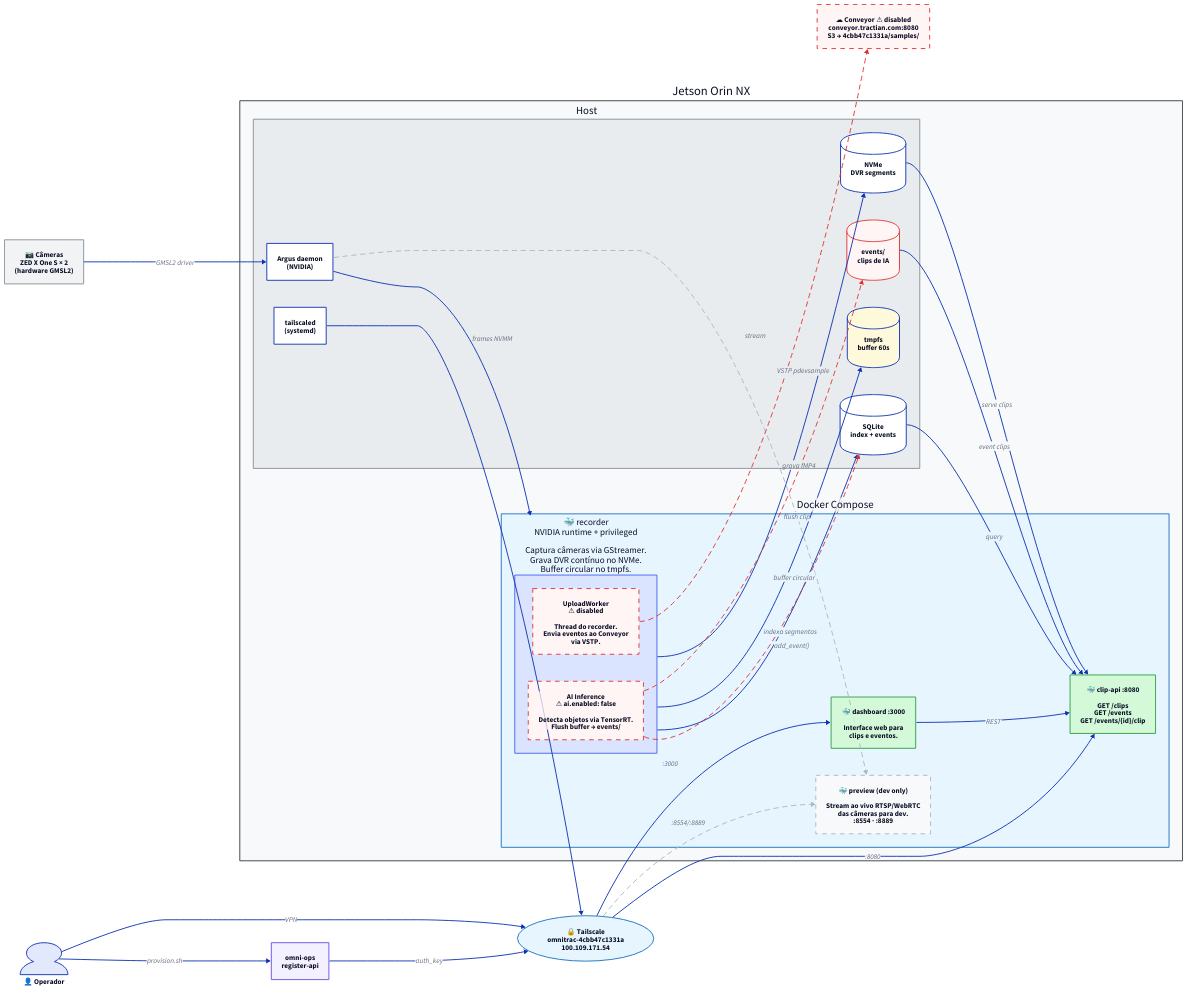
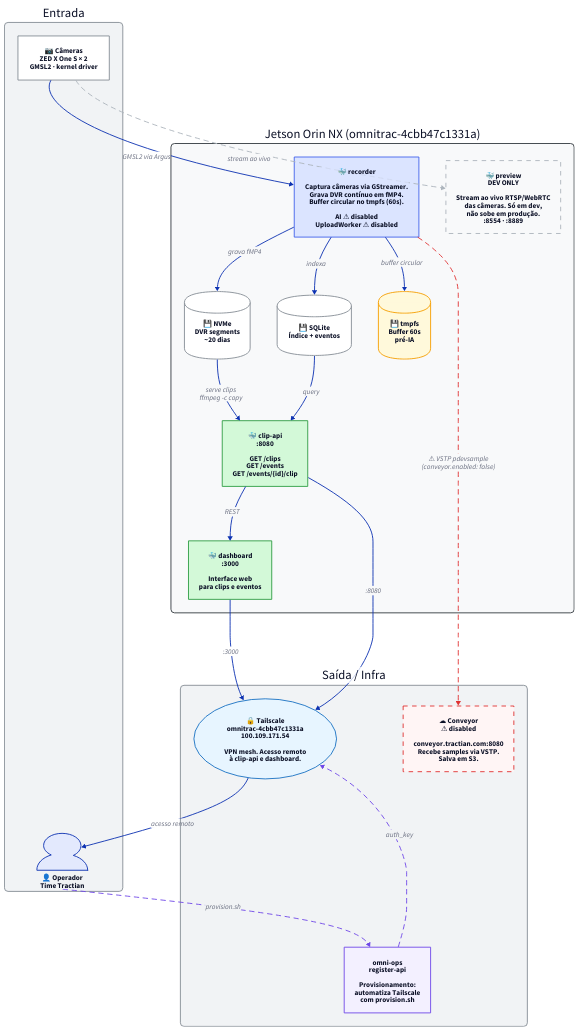
Before and after one commit to urielcontardi/JetsonStudy: the diagram in docs/diagrams/architecture.d2, drawn with D2. The commit also changed 1 other file, not shown here.

Commit message:
docs(diagram): swimlane layout - 3 rows, minimal arrows

```diff
--- a/docs/diagrams/architecture.d2
+++ b/docs/diagrams/architecture.d2
@@ -1,140 +1,134 @@
-direction: right
+direction: down
 
 # ═══════════════════════════════════════════════════════════════════════
-# FORA DA JETSON
+# LINHA 1 — ENTRADA
 # ═══════════════════════════════════════════════════════════════════════
-
-cameras: "📷 Câmeras\nZED X One S × 2\n(hardware GMSL2)" {
+input: Entrada {
   style.fill: "#f1f3f5"
   style.stroke: "#868e96"
+  style.border-radius: 8
+  direction: right
+
+  cameras: "📷 Câmeras\nZED X One S × 2\nGMSL2 · kernel driver" {
+    style.fill: "#ffffff"
+    style.stroke: "#868e96"
+  }
+
+  operator: "👤 Operador\nTime Tractian" {
+    shape: person
+  }
 }
 
-operator: "👤 Operador" { shape: person }
+# ═══════════════════════════════════════════════════════════════════════
+# LINHA 2 — JETSON ORIN NX
+# ═══════════════════════════════════════════════════════════════════════
+jetson: "Jetson Orin NX  (omnitrac-4cbb47c1331a)" {
+  style.fill: "#f8f9fa"
+  style.stroke: "#343a40"
+  style.border-radius: 8
+  direction: right
 
-tailscale_net: "🔒 Tailscale\nomnitrac-4cbb47c1331a\n100.109.171.54" {
-  shape: oval
-  style.fill: "#e7f5ff"
-  style.stroke: "#1971c2"
+  recorder: "🐳 recorder\n\nCaptura câmeras via GStreamer.\nGrava DVR contínuo em fMP4.\nBuffer circular no tmpfs (60s).\n\nAI ⚠ disabled\nUploadWorker ⚠ disabled" {
+    style.fill: "#dbe4ff"
+    style.stroke: "#4263eb"
+  }
+
+  nvme: "💾 NVMe\nDVR segments\n~20 dias" {
+    shape: cylinder
+    style.fill: "#ffffff"
+    style.stroke: "#868e96"
+  }
+
+  sqlite: "💾 SQLite\nÍndice + eventos" {
+    shape: cylinder
+    style.fill: "#ffffff"
+    style.stroke: "#868e96"
+  }
+
+  tmpfs: "💾 tmpfs\nBuffer 60s\npré-IA" {
+    shape: cylinder
+    style.fill: "#fff9db"
+    style.stroke: "#f59f00"
+  }
+
+  clipapi: "🐳 clip-api\n:8080\n\nGET /clips\nGET /events\nGET /events/{id}/clip" {
+    style.fill: "#d3f9d8"
+    style.stroke: "#2f9e44"
+  }
+
+  dashboard: "🐳 dashboard\n:3000\n\nInterface web\npara clips e eventos" {
+    style.fill: "#d3f9d8"
+    style.stroke: "#2f9e44"
+  }
+
+  preview: "🐳 preview\nDEV ONLY\n\nStream ao vivo RTSP/WebRTC\ndas câmeras. Só em dev,\nnão sobe em produção.\n:8554 · :8889" {
+    style.fill: "#f8f9fa"
+    style.stroke: "#adb5bd"
+    style.stroke-dash: 5
+  }
 }
 
-conveyor: "☁ Conveyor  ⚠ disabled\nconveyor.tractian.com:8080\nS3 → 4cbb47c1331a/samples/" {
-  style.fill: "#fff5f5"
+# ═══════════════════════════════════════════════════════════════════════
+# LINHA 3 — SAÍDA / INFRA
+# ═══════════════════════════════════════════════════════════════════════
+output: "Saída / Infra" {
+  style.fill: "#f1f3f5"
+  style.stroke: "#868e96"
+  style.border-radius: 8
+  direction: right
+
+  tailscale: "🔒 Tailscale\nomnitrac-4cbb47c1331a\n100.109.171.54\n\nVPN mesh. Acesso remoto\nà clip-api e dashboard." {
+    shape: oval
+    style.fill: "#e7f5ff"
+    style.stroke: "#1971c2"
+  }
+
+  registerapi: "omni-ops\nregister-api\n\nProvisionamento:\nautomatiza Tailscale\ncom provision.sh" {
+    style.fill: "#f3f0ff"
+    style.stroke: "#7048e8"
+  }
+
+  conveyor: "☁ Conveyor\n⚠ disabled\n\nconveyor.tractian.com:8080\nRecebe samples via VSTP.\nSalva em S3." {
+    style.fill: "#fff5f5"
+    style.stroke: "#e03131"
+    style.stroke-dash: 5
+  }
+}
+
+# ═══════════════════════════════════════════════════════════════════════
+# CONEXÕES — fluxo principal (sólido)
+# ═══════════════════════════════════════════════════════════════════════
+input.cameras -> jetson.recorder: "GMSL2 via Argus"
+jetson.recorder -> jetson.nvme: "grava fMP4"
+jetson.recorder -> jetson.sqlite: "indexa"
+jetson.recorder -> jetson.tmpfs: "buffer circular"
+jetson.nvme -> jetson.clipapi: "serve clips\nffmpeg -c copy"
+jetson.sqlite -> jetson.clipapi: "query"
+jetson.clipapi -> jetson.dashboard: "REST"
+jetson.dashboard -> output.tailscale: ":3000"
+jetson.clipapi -> output.tailscale: ":8080"
+output.tailscale -> input.operator: "acesso remoto"
+
+# ═══════════════════════════════════════════════════════════════════════
+# CONEXÕES — fluxo desabilitado (tracejado vermelho)
+# ═══════════════════════════════════════════════════════════════════════
+jetson.recorder -> output.conveyor: "⚠ VSTP pdevsample\n(conveyor.enabled: false)" {
   style.stroke: "#e03131"
   style.stroke-dash: 5
 }
 
-registerapi: "omni-ops\nregister-api" {
-  style.fill: "#f3f0ff"
+# ═══════════════════════════════════════════════════════════════════════
+# CONEXÕES — dev / provisioning (tracejado cinza)
+# ═══════════════════════════════════════════════════════════════════════
+input.cameras -> jetson.preview: "stream ao vivo" {
+  style.stroke-dash: 5
+  style.stroke: "#adb5bd"
+}
+input.operator -> output.registerapi: "provision.sh" {
+  style.stroke-dash: 5
   style.stroke: "#7048e8"
 }
-
-# ═══════════════════════════════════════════════════════════════════════
-# JETSON ORIN NX  (tudo aqui roda na placa)
-# ═══════════════════════════════════════════════════════════════════════
-
-jetson: Jetson Orin NX {
-  style.fill: "#f8f9fa"
-  style.stroke: "#343a40"
-
-  # ── Host (fora do Docker) ────────────────────────────────────────────
-  host: Host {
-    style.fill: "#e9ecef"
-    style.stroke: "#868e96"
-
-    argus: "Argus daemon\n(NVIDIA)" { style.fill: "#ffffff" }
-    tailscale_d: "tailscaled\n(systemd)" { style.fill: "#ffffff" }
-
-    nvme: "NVMe\nDVR segments" { shape: cylinder; style.fill: "#ffffff" }
-    sqlite: "SQLite\nindex + events" { shape: cylinder; style.fill: "#ffffff" }
-    tmpfs: "tmpfs\nbuffer 60s" { shape: cylinder; style.fill: "#fff9db" }
-    events: "events/\nclips de IA" { shape: cylinder; style.fill: "#fff5f5"; style.stroke: "#e03131" }
-  }
-
-  # ── Docker Compose ───────────────────────────────────────────────────
-  compose: "Docker Compose" {
-    style.fill: "#e7f5ff"
-    style.stroke: "#1971c2"
-
-    recorder: "🐳 recorder\nNVIDIA runtime + privileged\n\nCaptura câmeras via GStreamer.\nGrava DVR contínuo no NVMe.\nBuffer circular no tmpfs." {
-      style.fill: "#dbe4ff"
-      style.stroke: "#4263eb"
-
-      worker: "UploadWorker\n⚠ disabled\n\nThread do recorder.\nEnvia eventos ao Conveyor\nvia VSTP." {
-        style.fill: "#fff5f5"
-        style.stroke: "#e03131"
-        style.stroke-dash: 5
-      }
-
-      ai: "AI Inference\n⚠ ai.enabled: false\n\nDetecta objetos via TensorRT.\nFlush buffer → events/" {
-        style.fill: "#fff5f5"
-        style.stroke: "#e03131"
-        style.stroke-dash: 5
-      }
-    }
-
-    clipapi: "🐳 clip-api  :8080\n\nGET /clips\nGET /events\nGET /events/{id}/clip" {
-      style.fill: "#d3f9d8"
-      style.stroke: "#2f9e44"
-    }
-
-    dashboard: "🐳 dashboard  :3000\n\nInterface web para\nclips e eventos." {
-      style.fill: "#d3f9d8"
-      style.stroke: "#2f9e44"
-    }
-
-    preview: "🐳 preview  (dev only)\n\nStream ao vivo RTSP/WebRTC\ndas câmeras para dev.\n:8554 · :8889" {
-      style.fill: "#f8f9fa"
-      style.stroke: "#adb5bd"
-      style.stroke-dash: 5
-    }
-  }
+output.registerapi -> output.tailscale: "auth_key" {
+  style.stroke-dash: 5
+  style.stroke: "#7048e8"
 }
-
-# ═══════════════════════════════════════════════════════════════════════
-# CONEXÕES
-# ═══════════════════════════════════════════════════════════════════════
-
-# entrada
-cameras -> jetson.host.argus: GMSL2 driver
-jetson.host.argus -> jetson.compose.recorder: frames NVMM
-jetson.host.argus -> jetson.compose.preview: stream { style.stroke-dash: 5; style.stroke: "#adb5bd" }
-
-# recorder → storage (volume mounts no host)
-jetson.compose.recorder -> jetson.host.nvme: grava fMP4
-jetson.compose.recorder -> jetson.host.tmpfs: buffer circular
-jetson.compose.recorder -> jetson.host.sqlite: indexa segmentos
-
-# AI → events (disabled)
-jetson.compose.recorder.ai -> jetson.host.events: flush clip {
-  style.stroke: "#e03131"
-  style.stroke-dash: 5
-}
-jetson.compose.recorder.ai -> jetson.host.sqlite: add_event() {
-  style.stroke: "#e03131"
-  style.stroke-dash: 5
-}
-
-# worker → Conveyor (disabled)
-jetson.compose.recorder.worker -> conveyor: VSTP pdevsample {
-  style.stroke: "#e03131"
-  style.stroke-dash: 5
-}
-
-# clip-api lê storage
-jetson.host.nvme -> jetson.compose.clipapi: serve clips
-jetson.host.events -> jetson.compose.clipapi: event clips
-jetson.host.sqlite -> jetson.compose.clipapi: query
-
-# dashboard → clip-api
-jetson.compose.dashboard -> jetson.compose.clipapi: REST
-
-# acesso remoto (Tailscale → serviços)
-jetson.host.tailscale_d -> tailscale_net
-tailscale_net -> jetson.compose.clipapi: :8080
-tailscale_net -> jetson.compose.dashboard: :3000
-operator -> tailscale_net: VPN
-tailscale_net -> jetson.compose.preview: ":8554/:8889" { style.stroke-dash: 5; style.stroke: "#adb5bd" }
-
-# provisioning
-operator -> registerapi: provision.sh
-registerapi -> tailscale_net: auth_key
```
